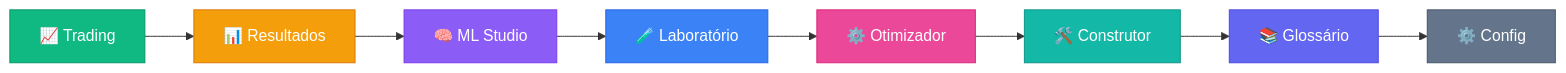
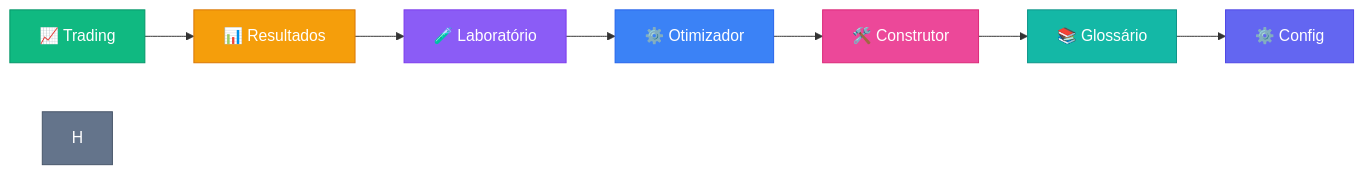
One commit to Iquitim/Gastor changed the diagram in README.md. Above: the diagram before and after it, drawn with Mermaid. The commit also changed other lines of this file, not shown here.

````diff
--- a/README.md
+++ b/README.md
@@ -165,19 +107,18 @@
 ```mermaid
 graph LR
     A["📈 Trading"] --> B["📊 Resultados"]
-    B --> C["🧠 ML Studio"]
-    C --> D["🧪 Laboratório"]
-    D --> E["⚙️ Otimizador"]
-    E --> F["🛠️ Construtor"]
-    F --> G["📚 Glossário"]
-    G --> H["⚙️ Config"]
+    B --> C["🧪 Laboratório"]
+    C --> D["⚙️ Otimizador"]
+    D --> E["🛠️ Construtor"]
+    E --> F["📚 Glossário"]
+    F --> G["⚙️ Config"]
     
     style A fill:#10b981,stroke:#059669,color:#fff
     style B fill:#f59e0b,stroke:#d97706,color:#fff
     style C fill:#8b5cf6,stroke:#7c3aed,color:#fff
     style D fill:#3b82f6,stroke:#2563eb,color:#fff
     style E fill:#ec4899,stroke:#db2777,color:#fff
     style F fill:#14b8a6,stroke:#0d9488,color:#fff
     style G fill:#6366f1,stroke:#4f46e5,color:#fff
     style H fill:#64748b,stroke:#475569,color:#fff
 ```
````
